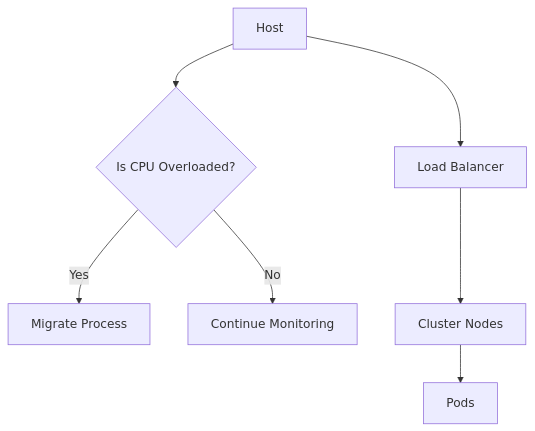
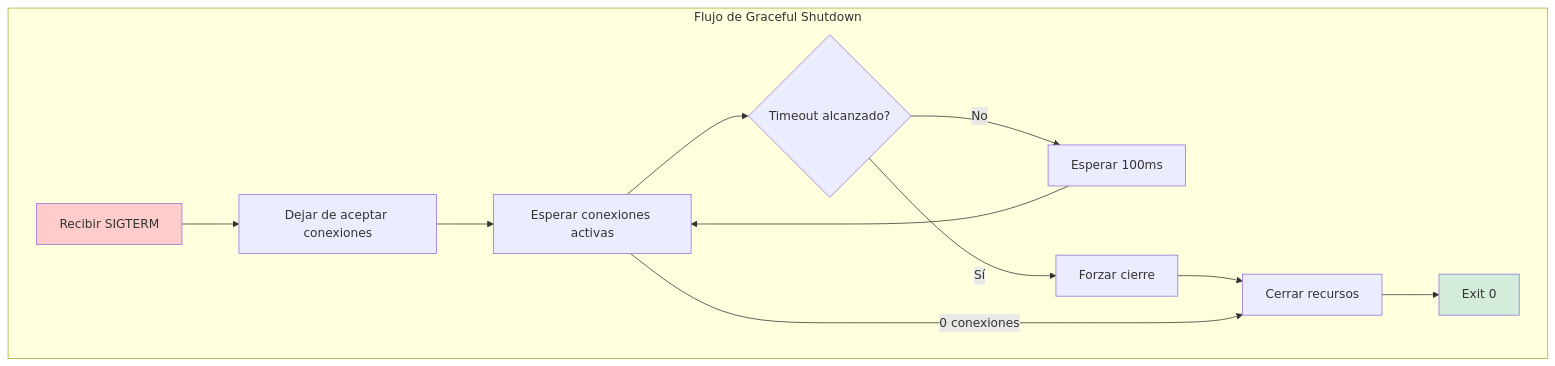
One commit to Joaquinriosheredia/DAM-Java-Mastery changed the third of 5 diagrams in _Review/Linux:_Gestión_avanzada_de_procesos,_scheduling_y_señales_en_sistemas_productivos/linux_gestión_avanzada_de_procesos_scheduling_y_señales_en_sistemas_productivos.md. Above: the diagram before and after it, drawn with Mermaid. The commit also changed other lines of this file, not shown here.

````diff
--- a/_Review/Linux:_Gestión_avanzada_de_procesos,_scheduling_y_señales_en_sistemas_productivos/linux_gestión_avanzada_de_procesos_scheduling_y_señales_en_sistemas_productivos.md
+++ b/_Review/Linux:_Gestión_avanzada_de_procesos,_scheduling_y_señales_en_sistemas_productivos/linux_gestión_avanzada_de_procesos_scheduling_y_señales_en_sistemas_productivos.md
@@ -591,9 +420,17 @@
 ```mermaid
 graph TD
-  A[Host] --> B1{Is CPU Overloaded?}
-  B1 -- Yes --> C[Migrate Process]
-  B1 -- No --> D[Continue Monitoring]
-  A --> E[Load Balancer]
-  E --> F[Cluster Nodes]
-  F --> G[Pods]
+    subgraph "Flujo de Graceful Shutdown"
+        TERM[Recibir SIGTERM] --> STOP[Dejar de aceptar conexiones]
+        STOP --> DRAIN[Esperar conexiones activas]
+        DRAIN --> CHECK{Timeout alcanzado?}
+        CHECK -->|No| WAIT[Esperar 100ms]
+        WAIT --> DRAIN
+        CHECK -->|Sí| FORCE[Forzar cierre]
+        FORCE --> CLOSE[Cerrar recursos]
+        DRAIN -->|0 conexiones| CLOSE
+        CLOSE --> EXIT[Exit 0]
+    end
+    
+    style TERM fill:#ffcccc
+    style EXIT fill:#d4edda
 ```
````
